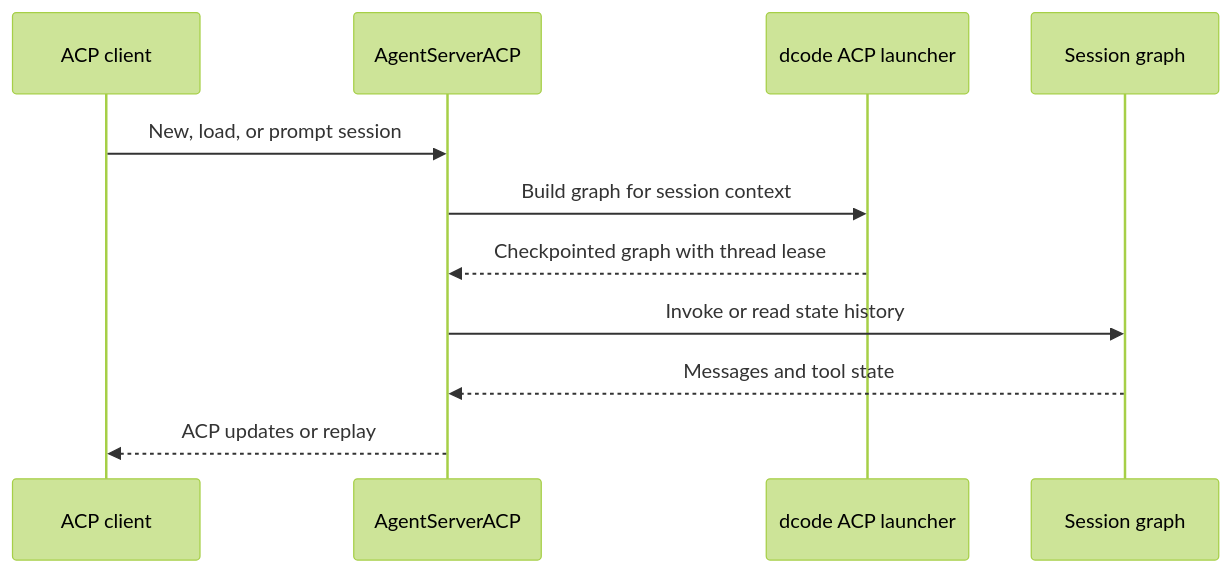
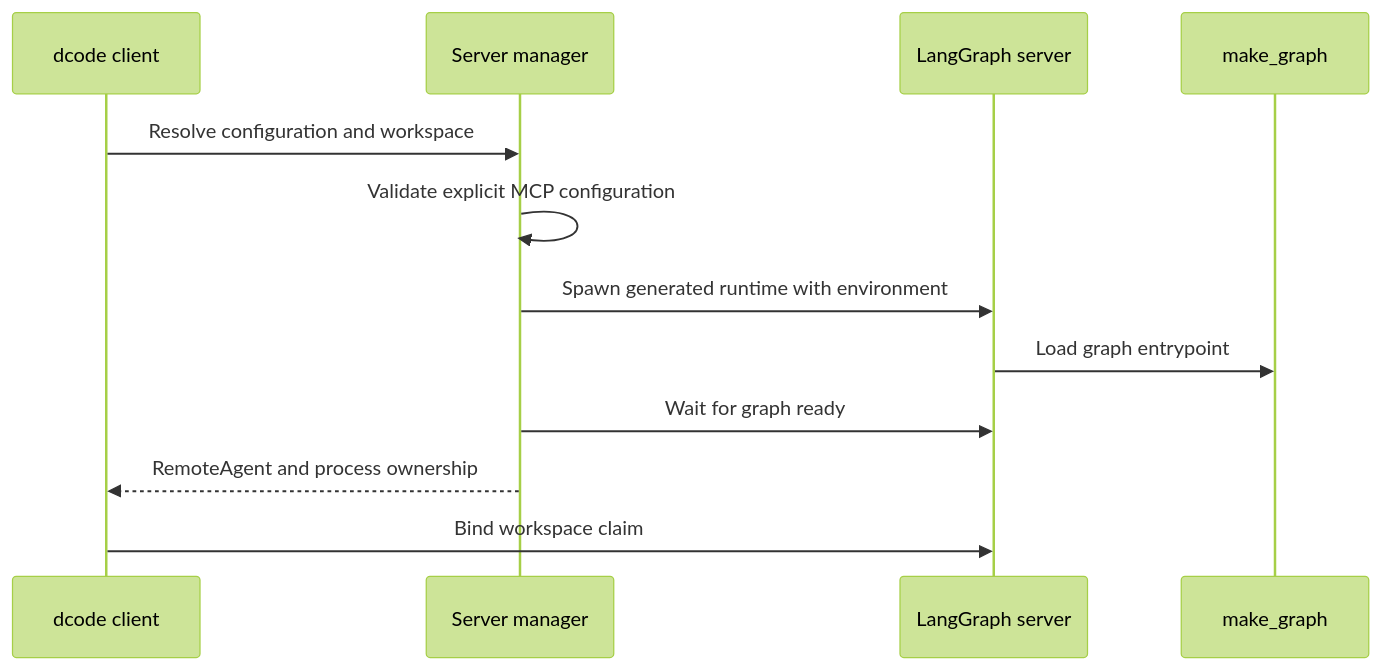
One commit to langchain-ai/deepagents changed the diagram in openwiki/architecture/source-map.md. Above: the diagram before and after it, drawn with Mermaid (forest theme). The commit also changed other lines of this file and 33 other files, not shown here.

````diff
--- a/openwiki/architecture/source-map.md
+++ b/openwiki/architecture/source-map.md
@@ -124,13 +92,14 @@
 ```mermaid
 sequenceDiagram
-  participant Client as ACP client
-  participant Server as AgentServerACP
-  participant Dcode as dcode ACP launcher
-  participant Graph as Session graph
-  Client->>Server: New, load, or prompt session
-  Server->>Dcode: Build graph for session context
-  Dcode-->>Server: Checkpointed graph with thread lease
-  Server->>Graph: Invoke or read state history
-  Graph-->>Server: Messages and tool state
-  Server-->>Client: ACP updates or replay
+  participant Client as dcode client
+  participant Launch as Server manager
+  participant Server as LangGraph server
+  participant Factory as make_graph
+  Client->>Launch: Resolve configuration and workspace
+  Launch->>Launch: Validate explicit MCP configuration
+  Launch->>Server: Spawn generated runtime with environment
+  Server->>Factory: Load graph entrypoint
+  Launch->>Server: Wait for graph ready
+  Launch-->>Client: RemoteAgent and process ownership
+  Client->>Server: Bind workspace claim
 ```
````
